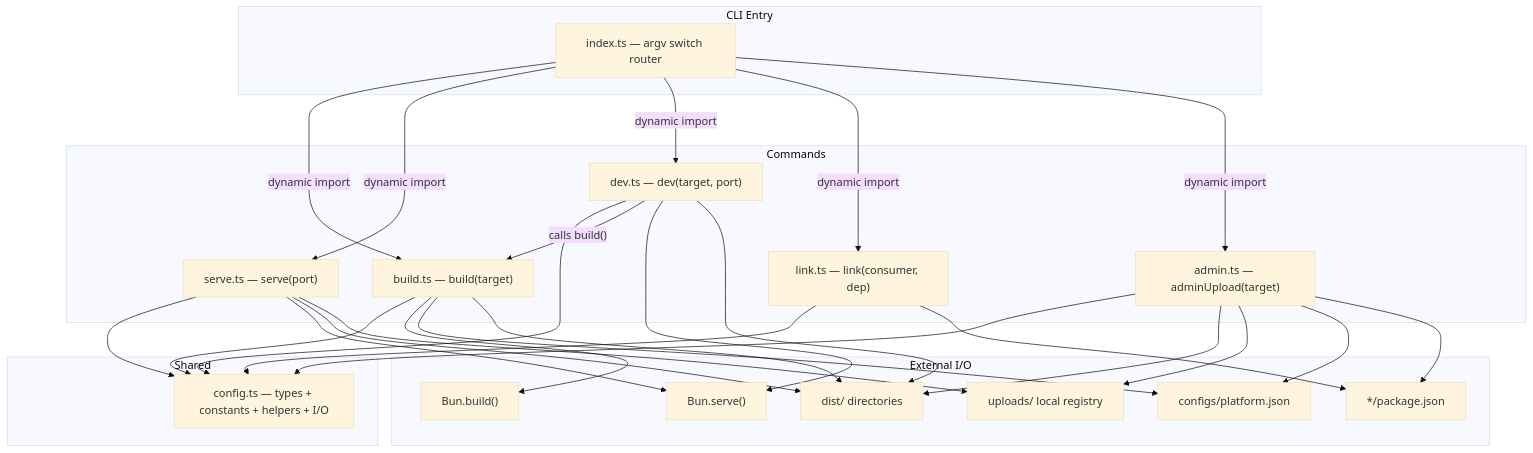
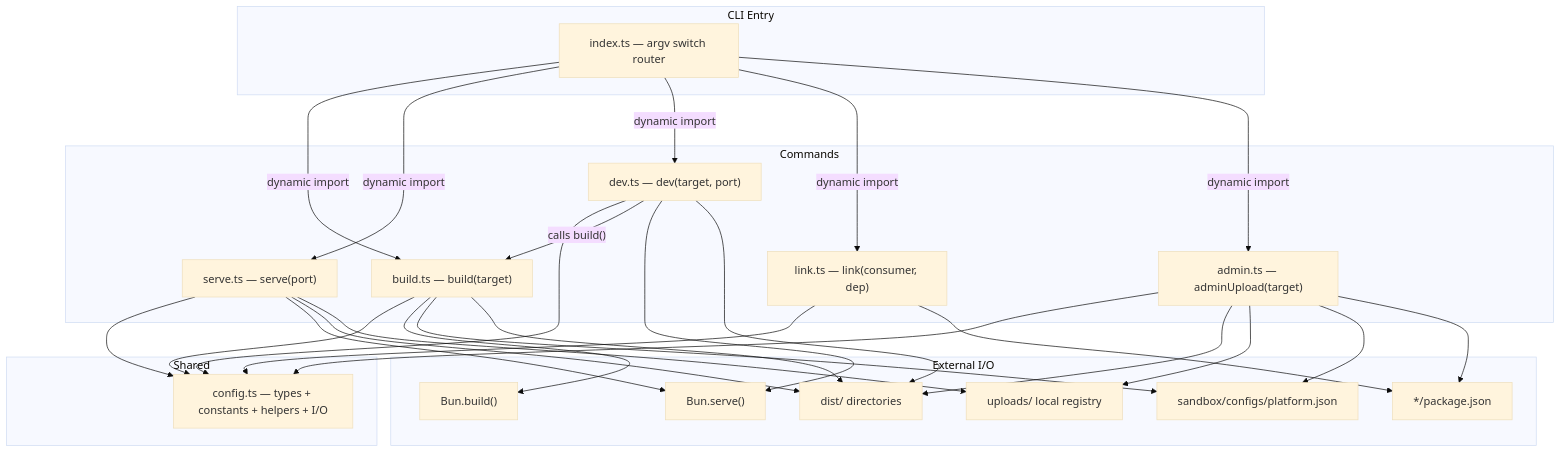
The diagram in docs/cli-architecture-current.md (fe-platform/fe), drawn with Mermaid (base theme) before and after one commit. The commit also changed 9 other files, not shown here.

````diff
--- a/docs/cli-architecture-current.md
+++ b/docs/cli-architecture-current.md
@@ -7,58 +7,58 @@
 ```mermaid
 graph TB
     subgraph "CLI Entry"
         INDEX["index.ts — argv switch router"]
     end
 
     subgraph "Commands"
         BUILD["build.ts — build(target)"]
         SERVE["serve.ts — serve(port)"]
         DEV["dev.ts — dev(target, port)"]
         LINK["link.ts — link(consumer, dep)"]
         ADMIN["admin.ts — adminUpload(target)"]
     end
 
     subgraph "Shared"
         CONFIG["config.ts — types + constants + helpers + I/O"]
     end
 
     subgraph "External I/O"
         FS_DIST["dist/ directories"]
         FS_UPLOADS["uploads/ local registry"]
-        PLATFORM_JSON["configs/platform.json"]
+        PLATFORM_JSON["sandbox/configs/platform.json"]
         PKG_JSON["*/package.json"]
         BUN_BUILD["Bun.build()"]
         BUN_SERVE["Bun.serve()"]
     end
 
     INDEX -->|"dynamic import"| BUILD
     INDEX -->|"dynamic import"| SERVE
     INDEX -->|"dynamic import"| DEV
     INDEX -->|"dynamic import"| LINK
     INDEX -->|"dynamic import"| ADMIN
 
     BUILD --> CONFIG
     SERVE --> CONFIG
     DEV --> CONFIG
     DEV -->|"calls build()"| BUILD
     LINK --> CONFIG
     ADMIN --> CONFIG
 
     BUILD --> BUN_BUILD
     BUILD --> PLATFORM_JSON
     BUILD --> FS_DIST
 
     SERVE --> BUN_SERVE
     SERVE --> FS_DIST
     SERVE --> FS_UPLOADS
 
     DEV --> BUN_SERVE
     DEV --> FS_DIST
 
     LINK --> PKG_JSON
 
     ADMIN --> FS_DIST
     ADMIN --> FS_UPLOADS
     ADMIN --> PLATFORM_JSON
     ADMIN --> PKG_JSON
 ```
````
